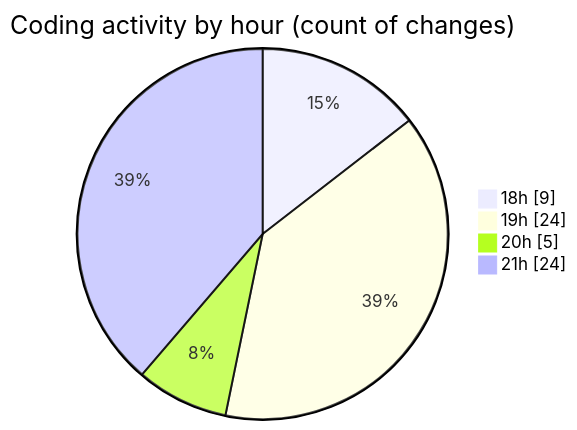
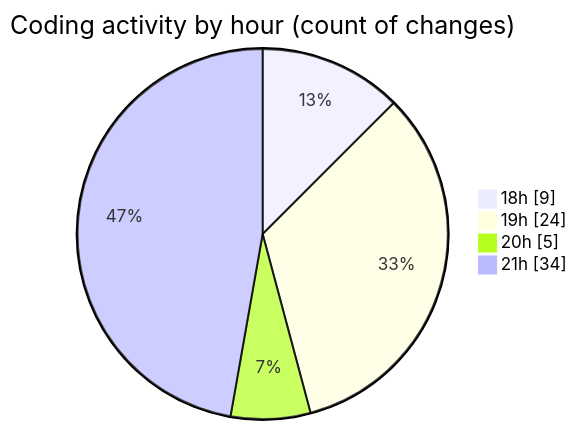
One commit to Netris89/code-tracking changed the second of 2 diagrams in 2025-04-28/date/README.md. Above: the diagram before and after it, drawn with Mermaid. The commit also changed other lines of this file and 1 other file, not shown here.

````diff
--- a/2025-04-28/date/README.md
+++ b/2025-04-28/date/README.md
@@ -32,8 +32,8 @@
 ```mermaid
 pie showData
 title Coding activity by hour (count of changes)
 "18h" : 9
 "19h" : 24
 "20h" : 5
-"21h" : 24
+"21h" : 34
 ```
````
